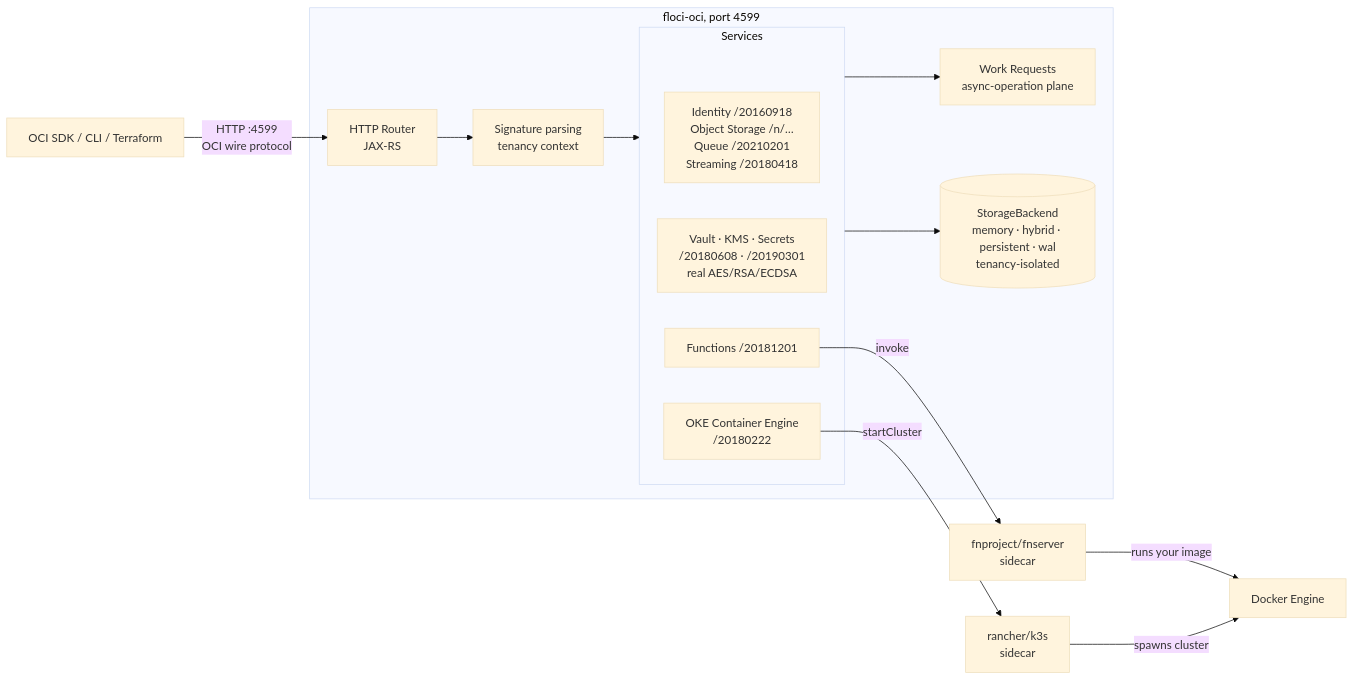
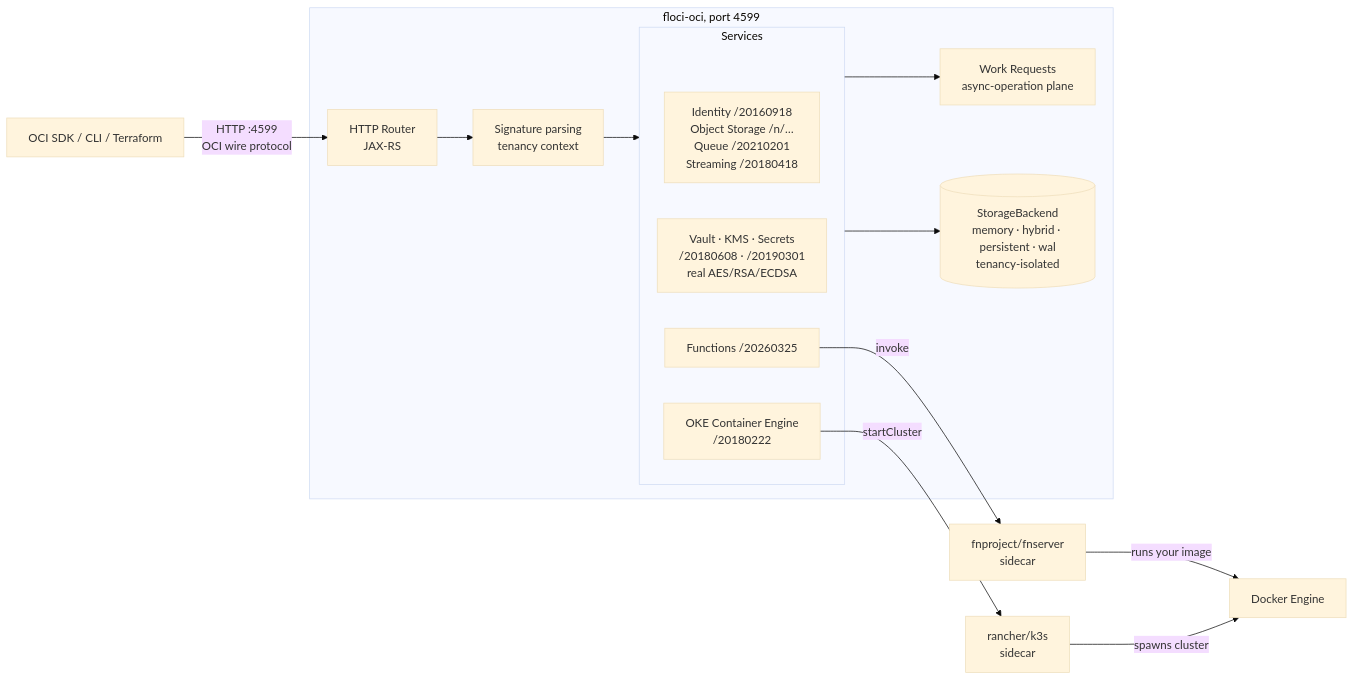
Before and after one commit to zqf20096327/dbhub_collect: the diagram in data/readmes/floci-io__floci-oci.md, drawn with Mermaid (base theme). The commit also changed other lines of this file and 525 other files, not shown here.

````diff
--- a/data/readmes/floci-io__floci-oci.md
+++ b/data/readmes/floci-io__floci-oci.md
@@ -157,29 +157,29 @@
 ```mermaid
 flowchart LR
     Client["OCI SDK / CLI / Terraform"]
 
     subgraph FlociOci ["floci-oci, port 4599"]
         Router["HTTP Router\nJAX-RS"]
 
         subgraph Services ["Services"]
             A["Identity /20160918\nObject Storage /n/…\nQueue /20210201\nStreaming /20180418"]
             B["Vault · KMS · Secrets\n/20180608 · /20190301\nreal AES/RSA/ECDSA"]
-            C["Functions /20181201"]
+            C["Functions /20260325"]
             D["OKE Container Engine\n/20180222"]
         end
 
         WR["Work Requests\nasync-operation plane"]
         Auth["Signature parsing\ntenancy context"]
 
         Router --> Auth --> Services
         Services --> WR
         Services --> Store[("StorageBackend\nmemory · hybrid · persistent · wal\ntenancy-isolated")]
     end
 
     Docker["Docker Engine"]
     Client -->|"HTTP :4599\nOCI wire protocol"| Router
     C -->|"invoke"| Fn["fnproject/fnserver\nsidecar"]
     Fn -->|"runs your image"| Docker
     D -->|"startCluster"| K3s["rancher/k3s\nsidecar"]
     K3s -->|"spawns cluster"| Docker
 ```
````
